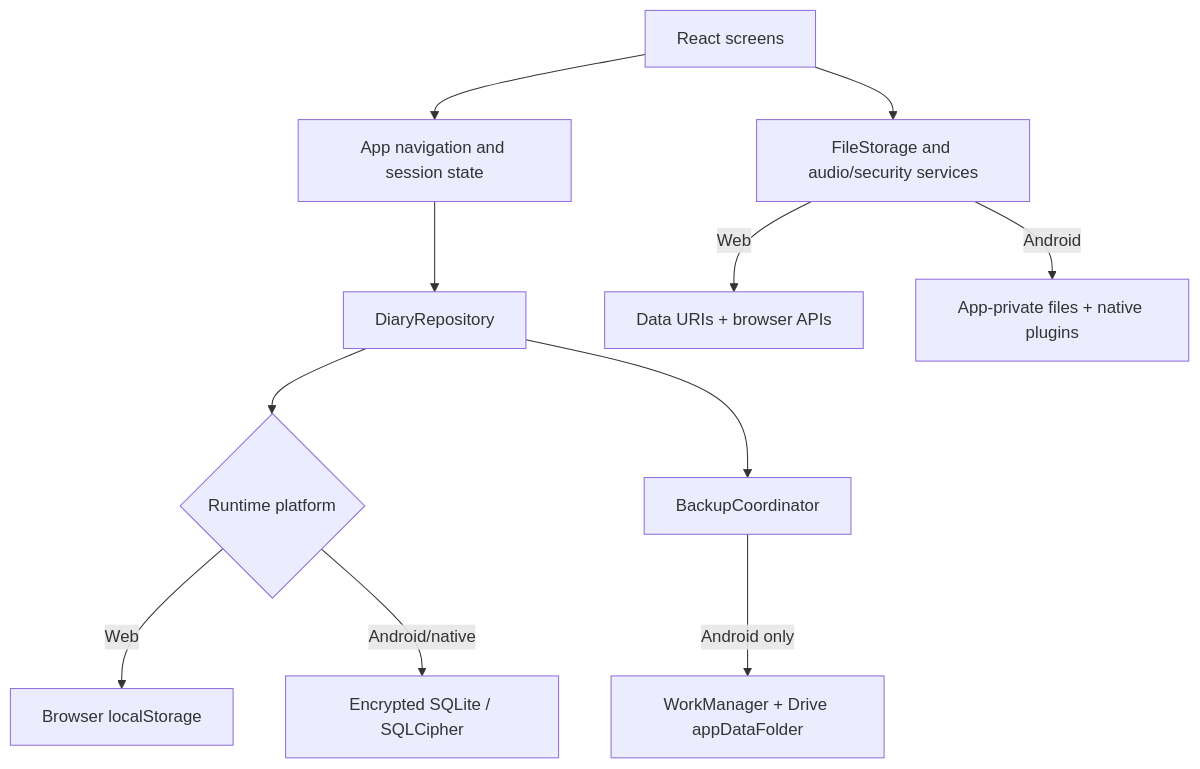
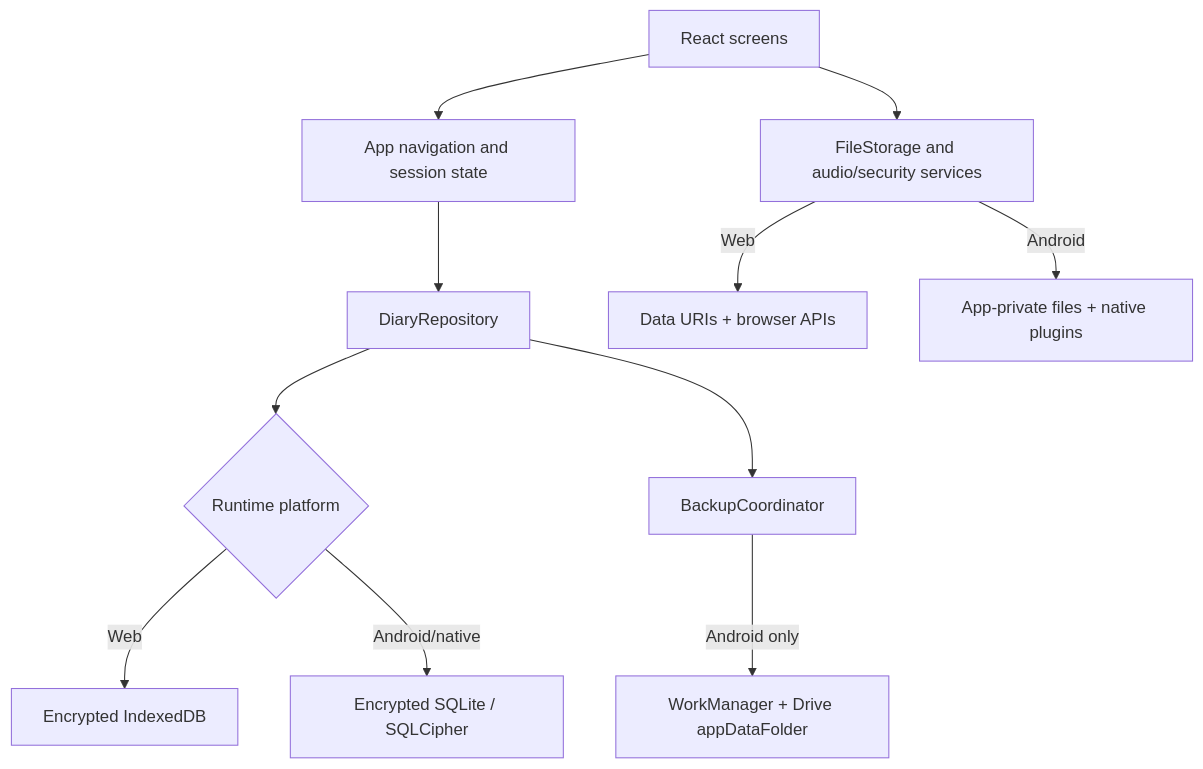
One commit to dsadasivani/dear-diary-web changed the first of 3 diagrams in readme.md. Above: the diagram before and after it, drawn with Mermaid. The commit also changed other lines of this file and 36 other files, not shown here.

````diff
--- a/readme.md
+++ b/readme.md
@@ -166,13 +166,13 @@
 ```mermaid
 flowchart TD
     UI[React screens] --> APP[App navigation and session state]
     APP --> REPO[DiaryRepository]
     REPO --> WEB{Runtime platform}
-    WEB -->|Web| LS[Browser localStorage]
+    WEB -->|Web| IDB[Encrypted IndexedDB]
     WEB -->|Android/native| SQL[Encrypted SQLite / SQLCipher]
     UI --> MEDIA[FileStorage and audio/security services]
     MEDIA -->|Web| DATAURI[Data URIs + browser APIs]
     MEDIA -->|Android| FILES[App-private files + native plugins]
     REPO --> COORD[BackupCoordinator]
     COORD -->|Android only| WM[WorkManager + Drive appDataFolder]
 ```
````
